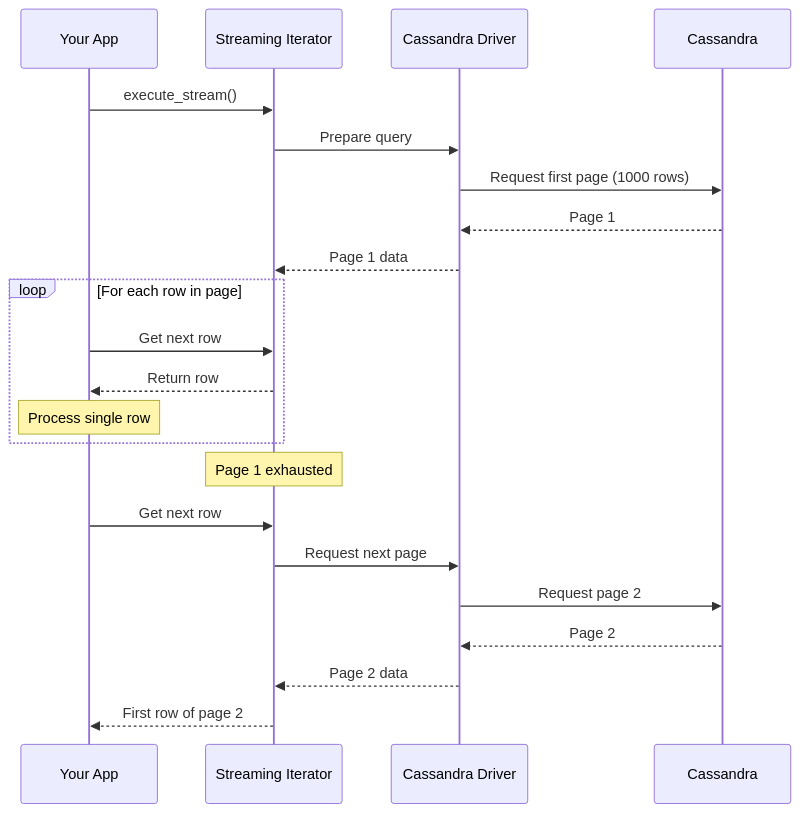
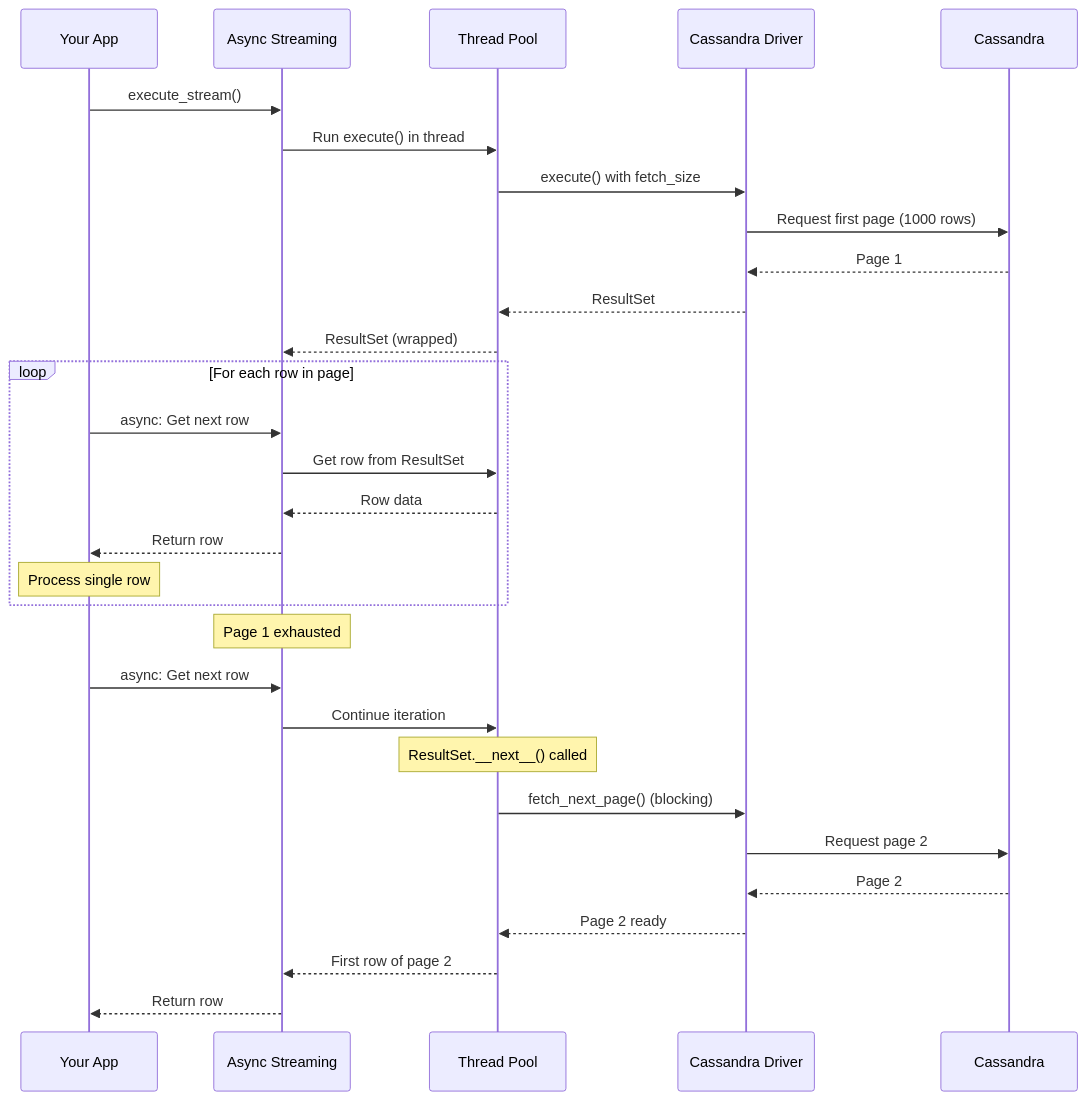
Before and after one commit to axonops/async-python-cassandra-client: the fourth of 7 diagrams in docs/streaming.md, drawn with Mermaid. The commit also changed other lines of this file and 1 other file, not shown here.

Commit message:
updating streaming and architecture docs

````diff
--- a/docs/streaming.md
+++ b/docs/streaming.md
@@ -227,27 +255,35 @@
 ```mermaid
 sequenceDiagram
     participant App as Your App
-    participant Stream as Streaming Iterator
+    participant Stream as Async Streaming
+    participant ThreadPool as Thread Pool
     participant Driver as Cassandra Driver
     participant Cassandra
 
     App->>Stream: execute_stream()
-    Stream->>Driver: Prepare query
+    Stream->>ThreadPool: Run execute() in thread
+    ThreadPool->>Driver: execute() with fetch_size
     Driver->>Cassandra: Request first page (1000 rows)
     Cassandra-->>Driver: Page 1
-    Driver-->>Stream: Page 1 data
+    Driver-->>ThreadPool: ResultSet
+    ThreadPool-->>Stream: ResultSet (wrapped)
 
     loop For each row in page
-        App->>Stream: Get next row
+        App->>Stream: async: Get next row
+        Stream->>ThreadPool: Get row from ResultSet
+        ThreadPool-->>Stream: Row data
         Stream-->>App: Return row
         Note over App: Process single row
     end
 
     Note over Stream: Page 1 exhausted
-    App->>Stream: Get next row
-    Stream->>Driver: Request next page
+    App->>Stream: async: Get next row
+    Stream->>ThreadPool: Continue iteration
+    Note over ThreadPool: ResultSet.__next__() called
+    ThreadPool->>Driver: fetch_next_page() (blocking)
     Driver->>Cassandra: Request page 2
     Cassandra-->>Driver: Page 2
-    Driver-->>Stream: Page 2 data
-    Stream-->>App: First row of page 2
+    Driver-->>ThreadPool: Page 2 ready
+    ThreadPool-->>Stream: First row of page 2
+    Stream-->>App: Return row
 ```
````
